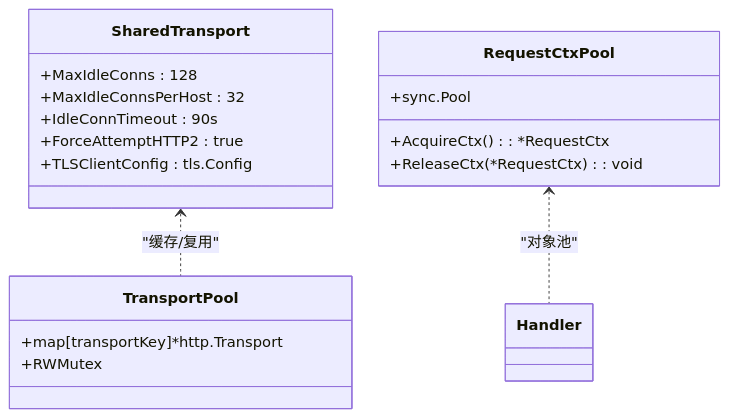
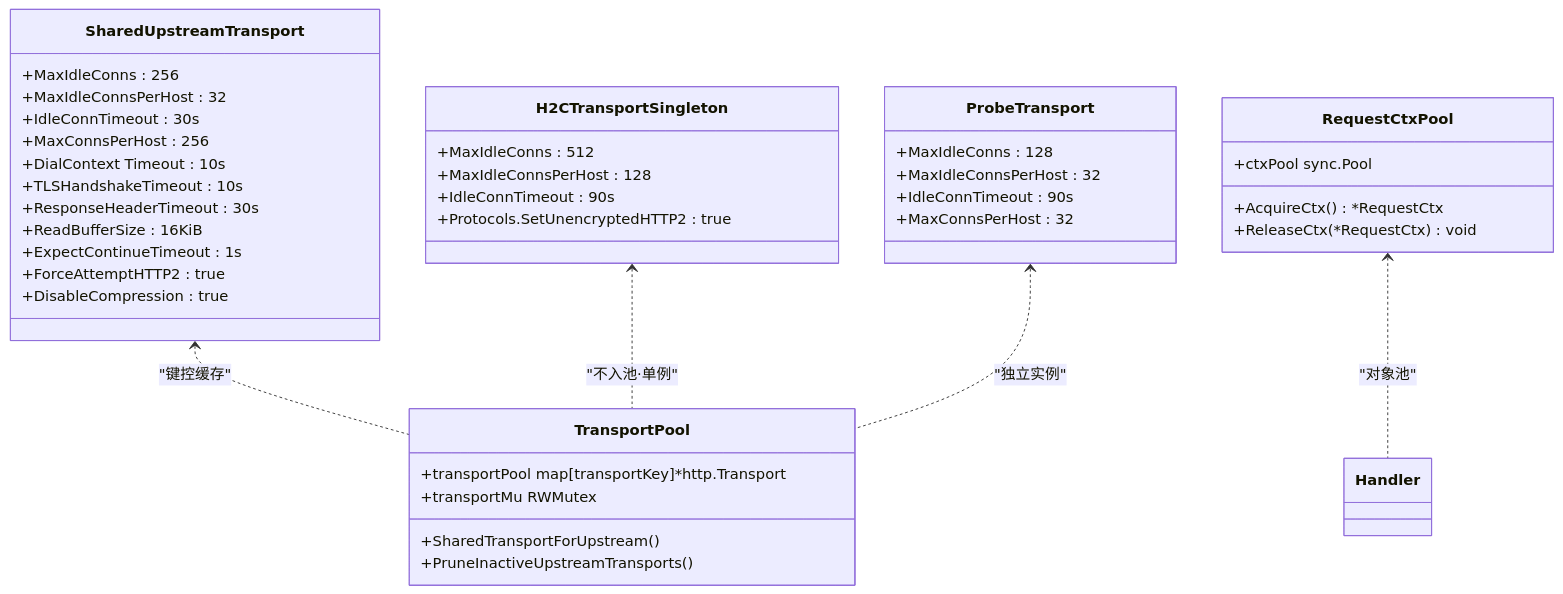
Before and after one commit to x01n/My-OpenWaf: the tenth of 12 diagrams in docs/数据平面处理/数据平面处理.md, drawn with Mermaid. The commit also changed other lines of this file and 622 other files, not shown here.

````diff
--- a/docs/数据平面处理/数据平面处理.md
+++ b/docs/数据平面处理/数据平面处理.md
@@ -325,21 +490,43 @@
 ```mermaid
 classDiagram
-class SharedTransport {
+class SharedUpstreamTransport {
++MaxIdleConns : 256
++MaxIdleConnsPerHost : 32
++IdleConnTimeout : 30s
++MaxConnsPerHost : 256
++DialContext Timeout : 10s
++TLSHandshakeTimeout : 10s
++ResponseHeaderTimeout : 30s
++ReadBufferSize : 16KiB
++ExpectContinueTimeout : 1s
++ForceAttemptHTTP2 : true
++DisableCompression : true
+}
+class H2CTransportSingleton {
++MaxIdleConns : 512
++MaxIdleConnsPerHost : 128
++IdleConnTimeout : 90s
++Protocols.SetUnencryptedHTTP2 : true
+}
+class ProbeTransport {
 +MaxIdleConns : 128
 +MaxIdleConnsPerHost : 32
 +IdleConnTimeout : 90s
-+ForceAttemptHTTP2 : true
-+TLSClientConfig : tls.Config
++MaxConnsPerHost : 32
 }
 class TransportPool {
-+map[transportKey]*http.Transport
-+RWMutex
++transportPool map[transportKey]*http.Transport
++transportMu RWMutex
++SharedTransportForUpstream()
++PruneInactiveUpstreamTransports()
 }
 class RequestCtxPool {
-+sync.Pool
-+AcquireCtx() : *RequestCtx
-+ReleaseCtx(*RequestCtx) : void
++ctxPool sync.Pool
++AcquireCtx() *RequestCtx
++ReleaseCtx(*RequestCtx) void
 }
-SharedTransport <.. TransportPool : "缓存/复用"
+SharedUpstreamTransport <.. TransportPool : "键控缓存"
+H2CTransportSingleton <.. TransportPool : "不入池·单例"
+ProbeTransport <.. TransportPool : "独立实例"
 RequestCtxPool <.. Handler : "对象池"
 ```
````
